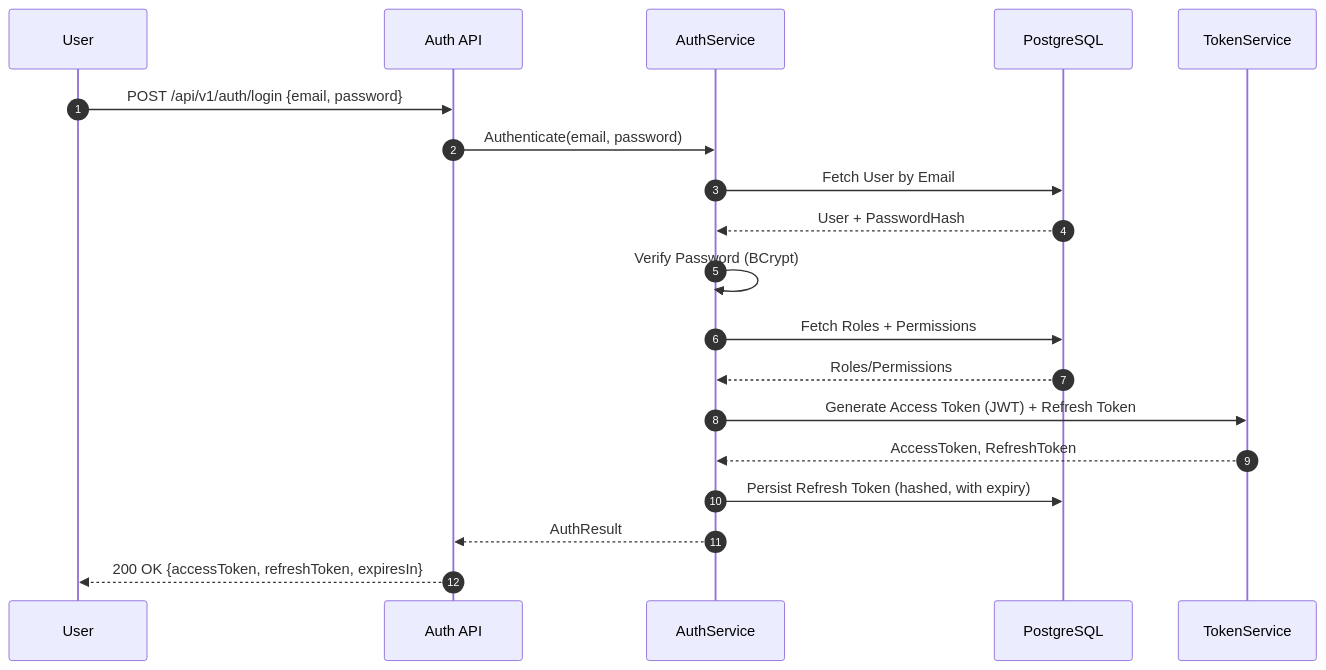
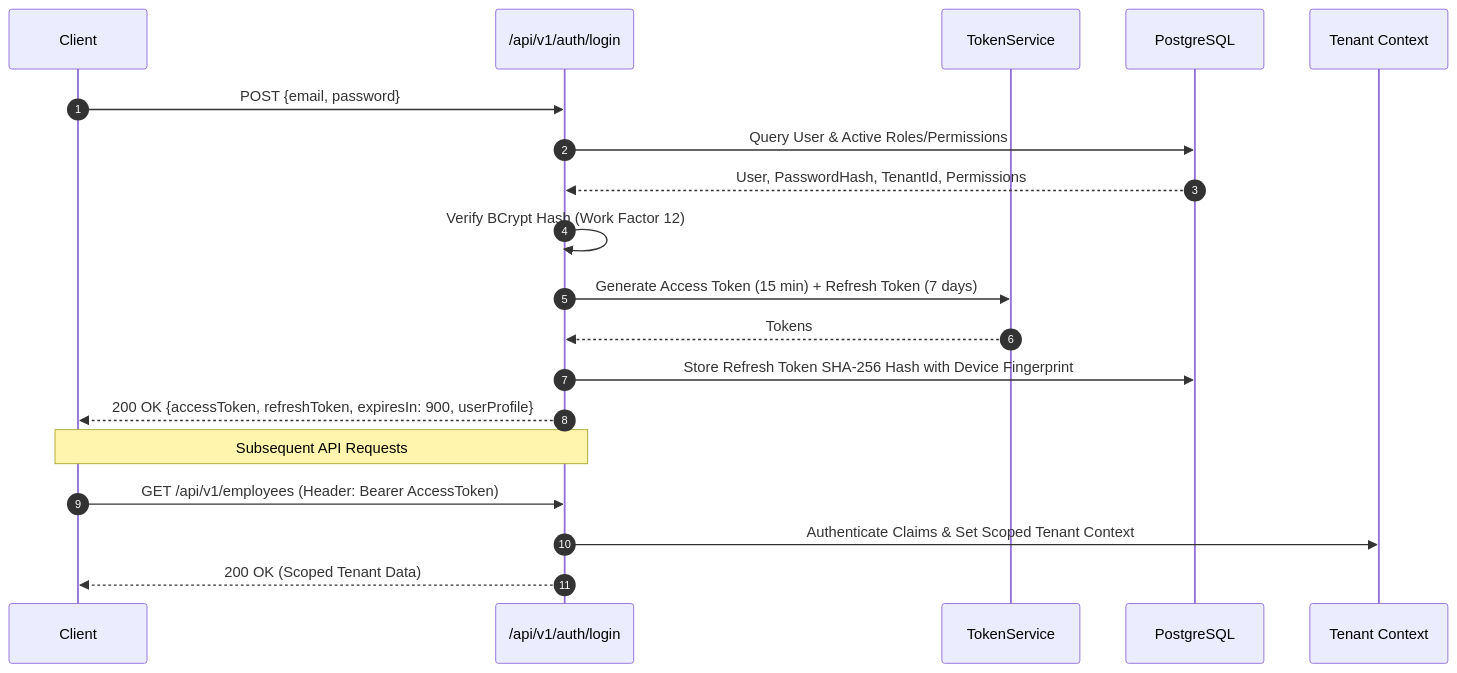
One commit to satyakidushyant/workora changed the eighth of 11 diagrams in backend/docs/TechnicalDocument.md. Above: the diagram before and after it, drawn with Mermaid. The commit also changed other lines of this file and 155 other files, not shown here.

````diff
--- a/backend/docs/TechnicalDocument.md
+++ b/backend/docs/TechnicalDocument.md
@@ -298,22 +731,23 @@
 ```mermaid
 sequenceDiagram
     autonumber
-    participant U as User
-    participant API as Auth API
-    participant Svc as AuthService
+    participant Client
+    participant AuthAPI as /api/v1/auth/login
+    participant JWT as TokenService
     participant DB as PostgreSQL
-    participant Token as TokenService
+    participant RLS as Tenant Context
 
-    U->>API: POST /api/v1/auth/login {email, password}
-    API->>Svc: Authenticate(email, password)
-    Svc->>DB: Fetch User by Email
-    DB-->>Svc: User + PasswordHash
-    Svc->>Svc: Verify Password (BCrypt)
-    Svc->>DB: Fetch Roles + Permissions
-    DB-->>Svc: Roles/Permissions
-    Svc->>Token: Generate Access Token (JWT) + Refresh Token
-    Token-->>Svc: AccessToken, RefreshToken
-    Svc->>DB: Persist Refresh Token (hashed, with expiry)
-    Svc-->>API: AuthResult
-    API-->>U: 200 OK {accessToken, refreshToken, expiresIn}
+    Client->>AuthAPI: POST {email, password}
+    AuthAPI->>DB: Query User & Active Roles/Permissions
+    DB-->>AuthAPI: User, PasswordHash, TenantId, Permissions
+    AuthAPI->>AuthAPI: Verify BCrypt Hash (Work Factor 12)
+    AuthAPI->>JWT: Generate Access Token (15 min) + Refresh Token (7 days)
+    JWT-->>AuthAPI: Tokens
+    AuthAPI->>DB: Store Refresh Token SHA-256 Hash with Device Fingerprint
+    AuthAPI-->>Client: 200 OK {accessToken, refreshToken, expiresIn: 900, userProfile}
+    
+    Note over Client,AuthAPI: Subsequent API Requests
+    Client->>AuthAPI: GET /api/v1/employees (Header: Bearer AccessToken)
+    AuthAPI->>RLS: Authenticate Claims & Set Scoped Tenant Context
+    AuthAPI-->>Client: 200 OK (Scoped Tenant Data)
 ```
````
